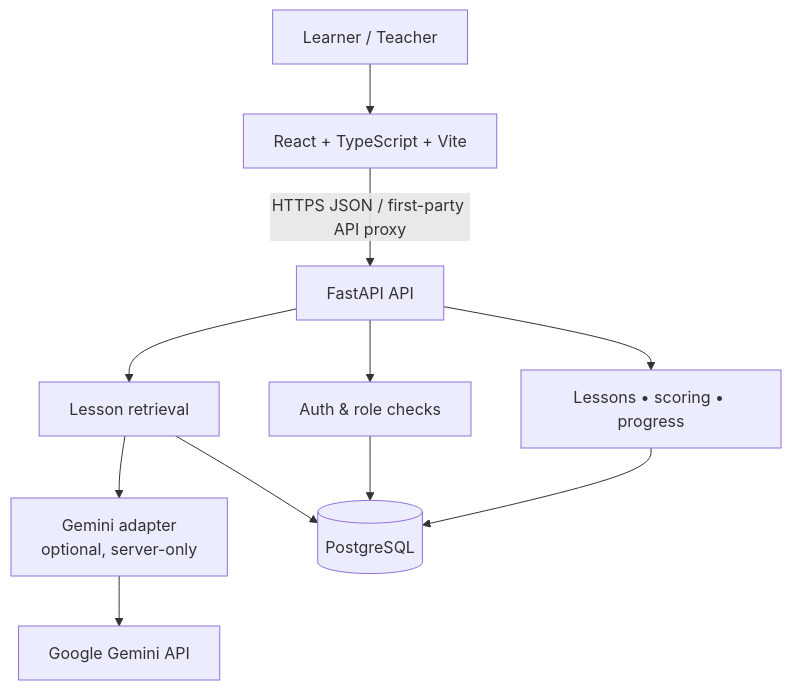
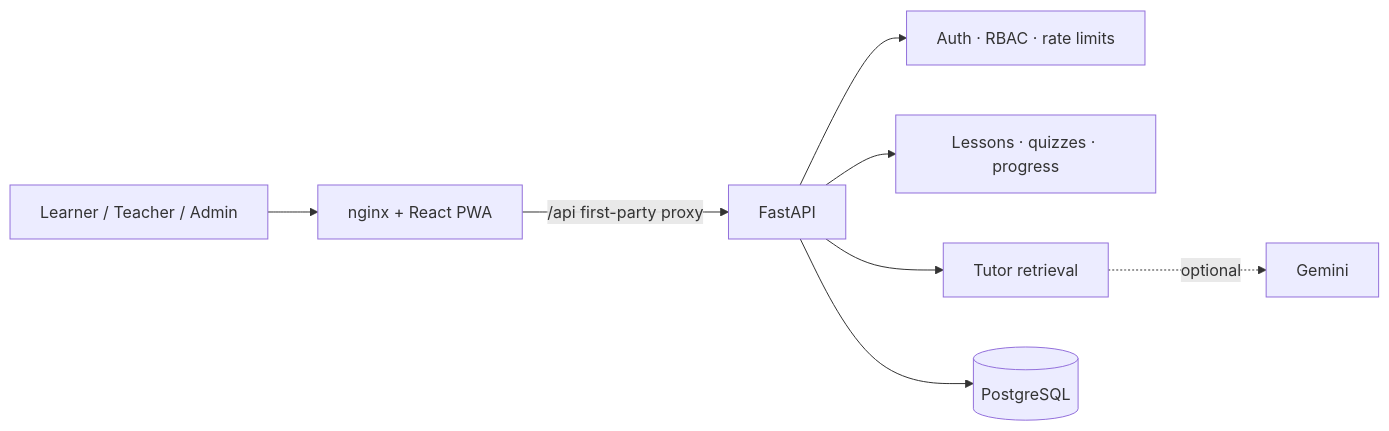
The diagram in README.md (Anish17-Shanu/guruji-box), drawn with Mermaid before and after one commit. The commit also changed other lines of this file and 127 other files, not shown here.

````diff
--- a/README.md
+++ b/README.md
@@ -49,13 +143,10 @@
 ```mermaid
-flowchart TB
-  U[Learner / Teacher] --> FE[React + TypeScript + Vite]
-  FE -->|HTTPS JSON / first-party API proxy| API[FastAPI API]
-  API --> AUTH[Auth & role checks]
-  API --> LEARN[Lessons • scoring • progress]
-  API --> RAG[Lesson retrieval]
-  RAG --> AI[Gemini adapter<br/>optional, server-only]
-  LEARN --> DB[(PostgreSQL)]
-  AUTH --> DB
-  RAG --> DB
-  AI --> GEMINI[Google Gemini API]
+flowchart LR
+  U[Learner / Teacher / Admin] --> N[nginx + React PWA]
+  N -->|/api first-party proxy| A[FastAPI]
+  A --> S[Auth · RBAC · rate limits]
+  A --> L[Lessons · quizzes · progress]
+  A --> T[Tutor retrieval]
+  T -. optional .-> G[Gemini]
+  A --> P[(PostgreSQL)]
 ```
````
